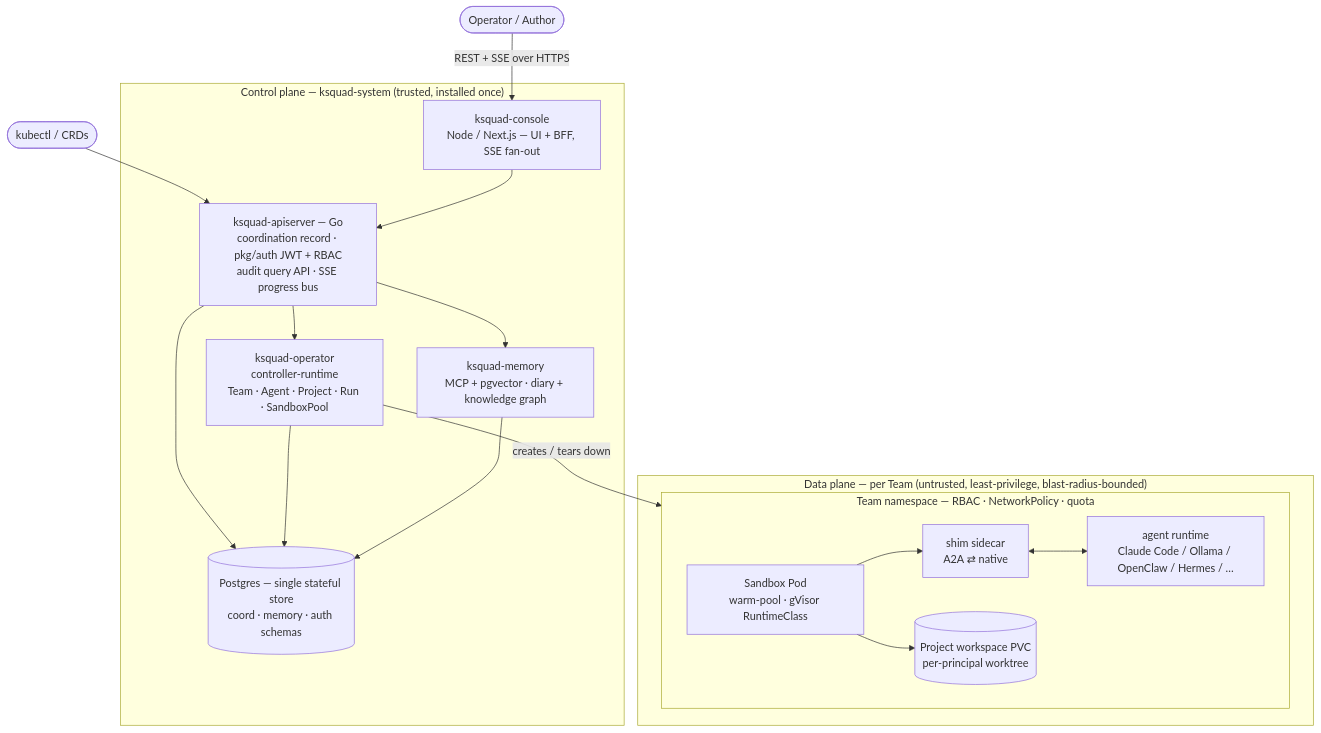
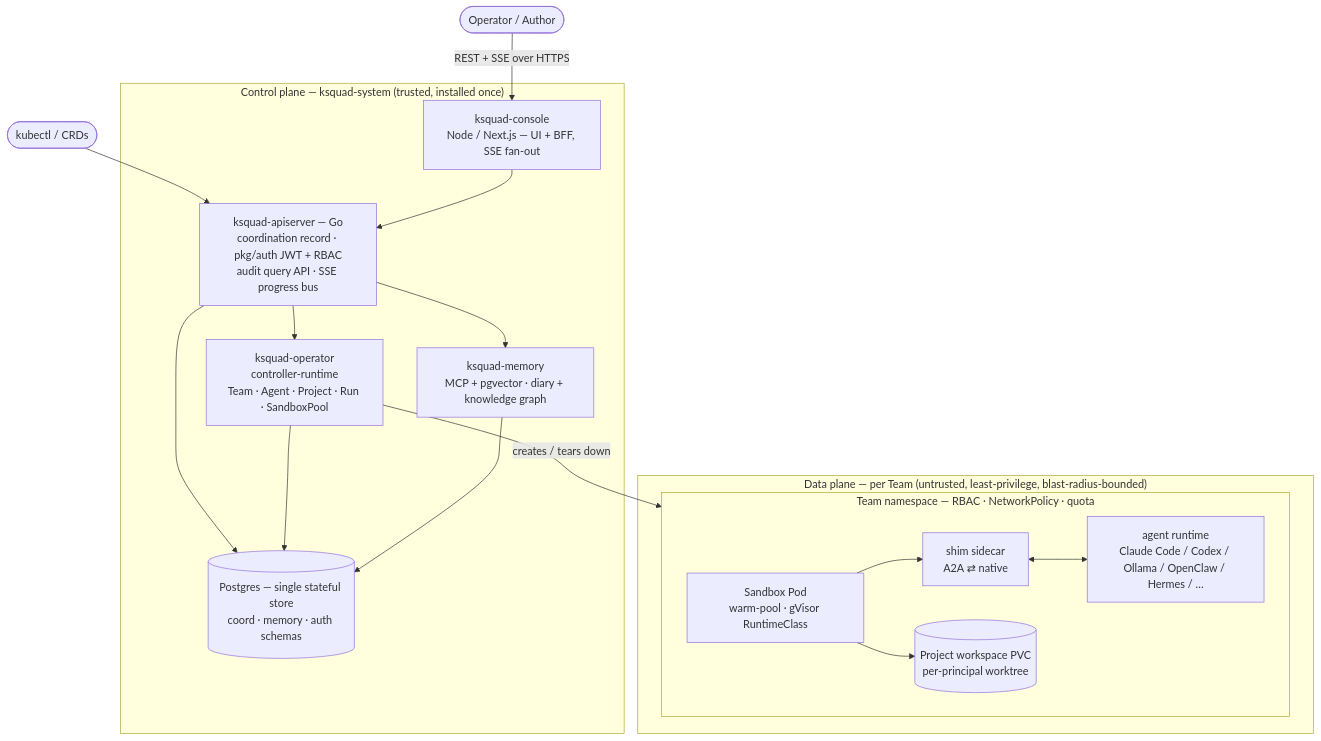
One commit to K8squad/K8squad changed the diagram in README.md. Above: the diagram before and after it, drawn with Mermaid. The commit also changed other lines of this file and 1 other file, not shown here.

Commit message:
docs: document Codex (OpenAI) runtime — supported list + credential rotation (ISI-3648)
Codex support (ISI-3643/3647) landed its conformant runtime + CRD registration
(S2, ISI-3654) and credinject mapping (S4, ISI-3656). Document the parts that
depend only on those merged facts:

- README: add Codex to the supported-runtime lists (features + architecture).
- credential-rotation runbook §5.1: Codex is a service-account credential; the
  per-user Secret apiKey injects as OPENAI_API_KEY; human-seat/ChatGPT-sub auth
  is not v1 and fails closed (roadmap ISI-3661); NetworkPolicy egress to
  api.openai.com (or BYO endpoint).

Getting-started walkthrough + examples/ codex specs are deferred to the S7
example story (ISI-3659) so command/file paths are real, not predicted.

````diff
--- a/README.md
+++ b/README.md
@@ -86,33 +86,33 @@
 ```mermaid
 flowchart TB
     author(["Operator / Author"]) -->|REST + SSE over HTTPS| console
     kubectl(["kubectl / CRDs"]) --> api
 
     subgraph cp["Control plane — ksquad-system (trusted, installed once)"]
         console["ksquad-console<br/>Node / Next.js — UI + BFF, SSE fan-out"]
         api["ksquad-apiserver — Go<br/>coordination record · pkg/auth JWT + RBAC<br/>audit query API · SSE progress bus"]
         operator["ksquad-operator<br/>controller-runtime<br/>Team · Agent · Project · Run · SandboxPool"]
         memory["ksquad-memory<br/>MCP + pgvector · diary + knowledge graph"]
         pg[("Postgres — single stateful store<br/>coord · memory · auth schemas")]
         console --> api
         api --> operator
         api --> memory
         api --> pg
         operator --> pg
         memory --> pg
     end
 
     operator -->|creates / tears down| team
 
     subgraph dp["Data plane — per Team (untrusted, least-privilege, blast-radius-bounded)"]
         subgraph team["Team namespace — RBAC · NetworkPolicy · quota"]
             sandbox["Sandbox Pod<br/>warm-pool · gVisor RuntimeClass"]
             shim["shim sidecar<br/>A2A ⇄ native"]
-            runtime["agent runtime<br/>Claude Code / Ollama / OpenClaw / Hermes / …"]
+            runtime["agent runtime<br/>Claude Code / Codex / Ollama / OpenClaw / Hermes / …"]
             pvc[("Project workspace PVC<br/>per-principal worktree")]
             sandbox --> shim
             shim <--> runtime
             sandbox --> pvc
         end
     end
 ```
````
